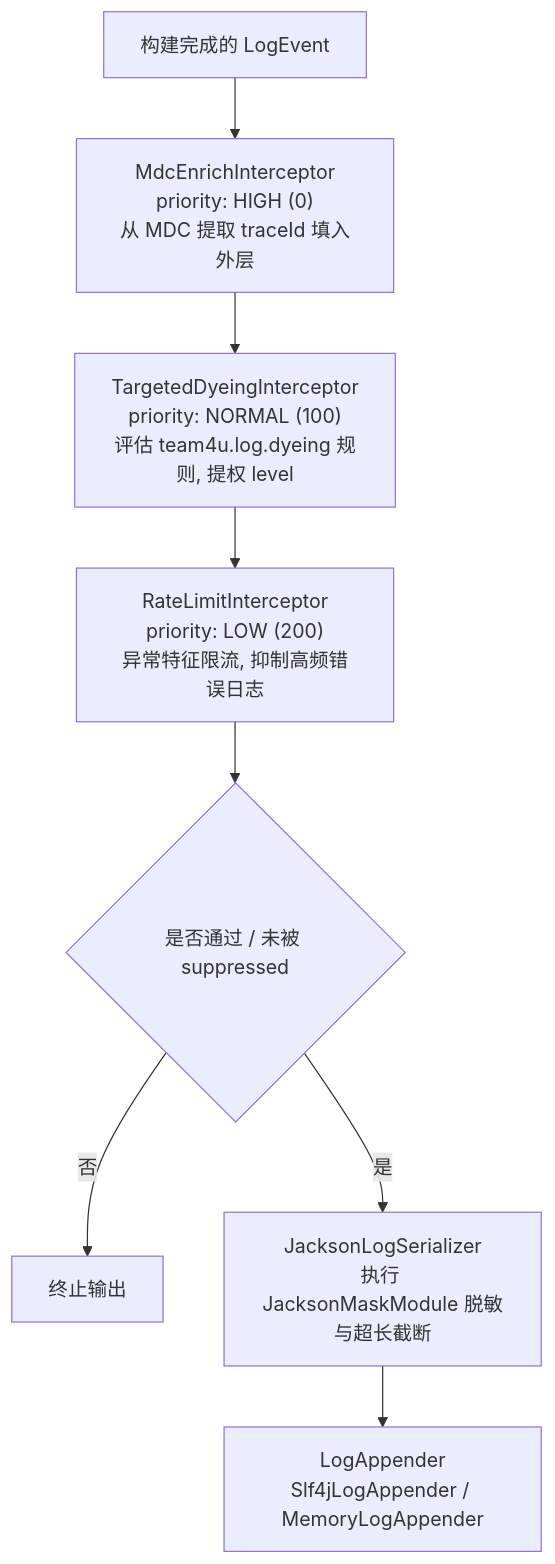
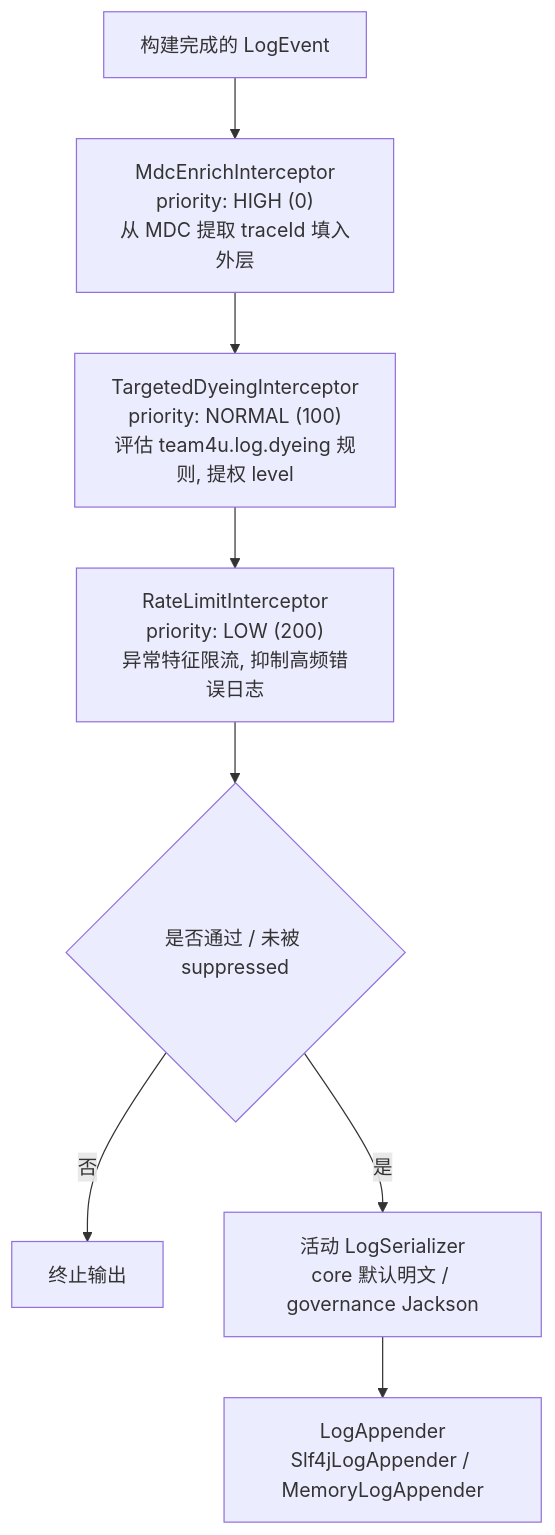
Before and after one commit to team4u/team4u-framework: the diagram in docs/log/log-architecture.md, drawn with Mermaid. The commit also changed other lines of this file and 102 other files, not shown here.

Commit message:
refactor(log): split core and governance runtime

````diff
--- a/docs/log/log-architecture.md
+++ b/docs/log/log-architecture.md
@@ -48,10 +48,10 @@
 ```mermaid
 graph TD
     Event["构建完成的 LogEvent"] --> I1["MdcEnrichInterceptor<br/>priority: HIGH (0)<br/>从 MDC 提取 traceId 填入外层"]
     I1 --> I2["TargetedDyeingInterceptor<br/>priority: NORMAL (100)<br/>评估 team4u.log.dyeing 规则, 提权 level"]
     I2 --> I3["RateLimitInterceptor<br/>priority: LOW (200)<br/>异常特征限流, 抑制高频错误日志"]
     I3 --> Check{"是否通过 / 未被 suppressed"}
     Check -->|"否"| Drop["终止输出"]
-    Check -->|"是"| Serializer["JacksonLogSerializer<br/>执行 JacksonMaskModule 脱敏与超长截断"]
+    Check -->|"是"| Serializer["活动 LogSerializer<br/>core 默认明文 / governance Jackson"]
     Serializer --> Appender["LogAppender<br/>Slf4jLogAppender / MemoryLogAppender"]
 ```
````
